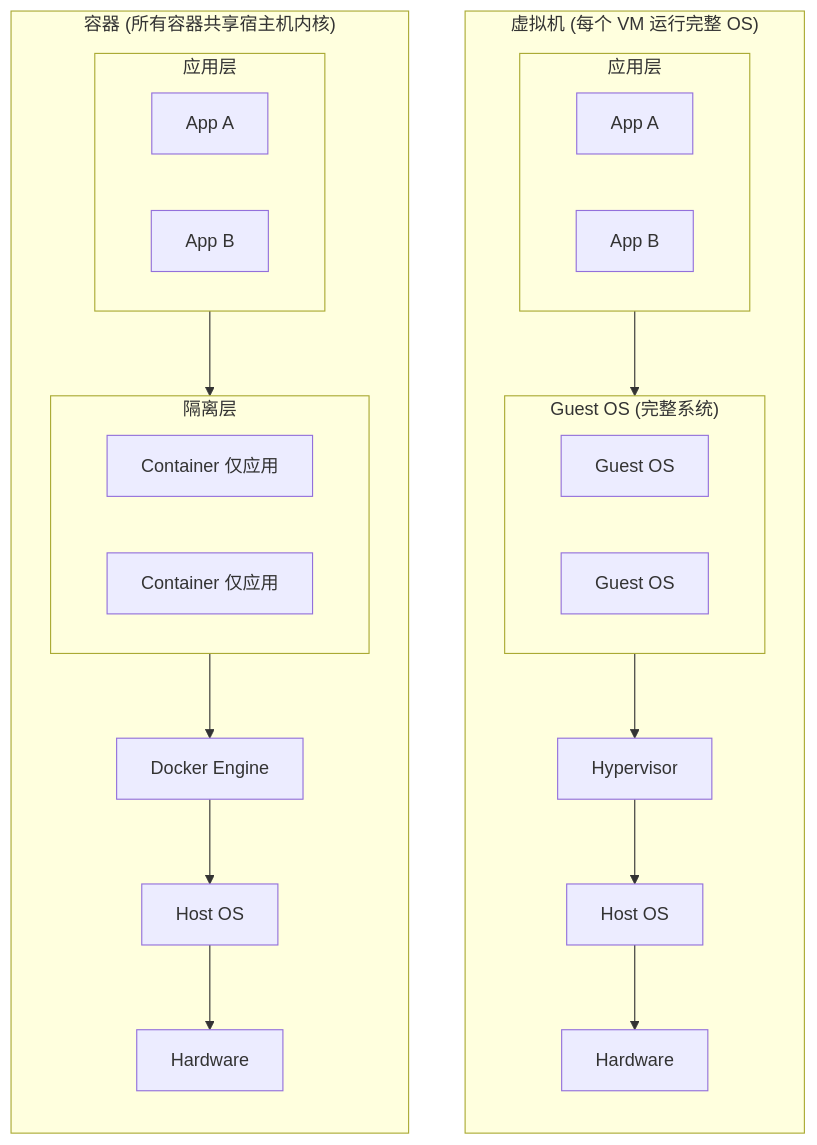
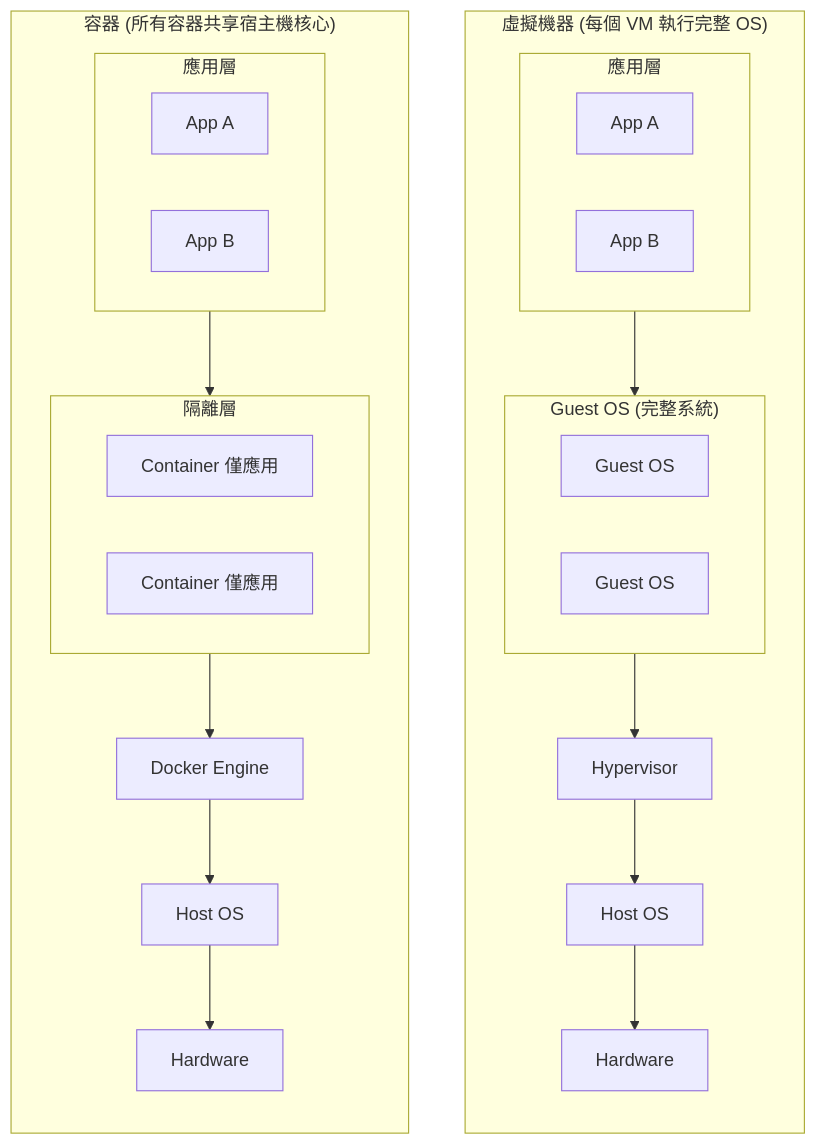
The second of 4 diagrams in 02_basic_concept/2.2_container.md (alexkuoecity/docker-practice-master-zh-tw), drawn with Mermaid before and after one commit. The commit also changed other lines of this file and 200 other files, not shown here.

````diff
--- a/02_basic_concept/2.2_container.md
+++ b/02_basic_concept/2.2_container.md
@@ -40,30 +40,30 @@
 ```mermaid
 flowchart TD
-    subgraph VM ["虚拟机 (每个 VM 运行完整 OS)"]
+    subgraph VM ["虛擬機器 (每個 VM 執行完整 OS)"]
         direction TB
-        subgraph VMApp ["应用层"]
+        subgraph VMApp ["應用層"]
             VA[App A] & VB[App B]
         end
-        subgraph VMGuest ["Guest OS (完整系统)"]
+        subgraph VMGuest ["Guest OS (完整系統)"]
             G1[Guest OS] & G2[Guest OS]
         end
         V[Hypervisor]
         VMH[Host OS]
         VMHW[Hardware]
         VMApp --> VMGuest --> V --> VMH --> VMHW
     end
 
-    subgraph Container ["容器 (所有容器共享宿主机内核)"]
+    subgraph Container ["容器 (所有容器共享宿主機核心)"]
         direction TB
-        subgraph CApp ["应用层"]
+        subgraph CApp ["應用層"]
             CA[App A] & CB[App B]
         end
-        subgraph CContainer ["隔离层"]
-            CC1[Container 仅应用] & CC2[Container 仅应用]
+        subgraph CContainer ["隔離層"]
+            CC1[Container 僅應用] & CC2[Container 僅應用]
         end
         CE[Docker Engine]
         CH[Host OS]
         CHW[Hardware]
         CApp --> CContainer --> CE --> CH --> CHW
     end
 ```
````
